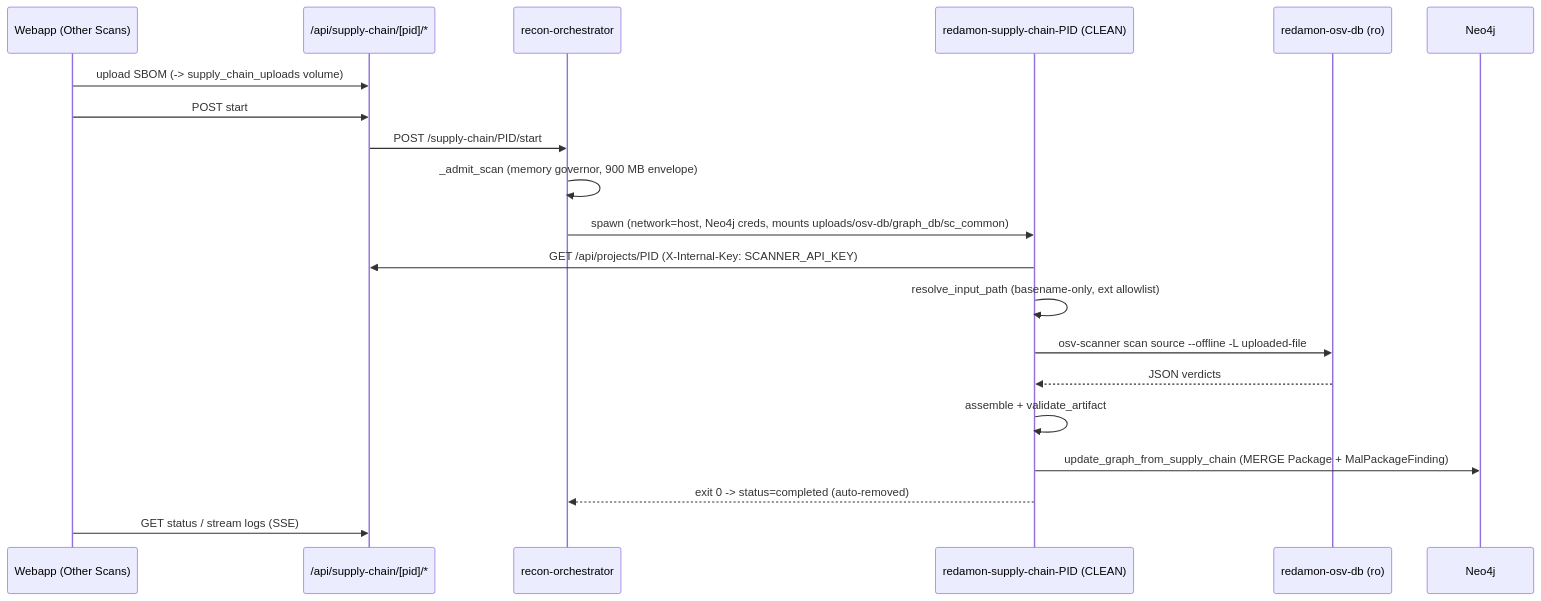
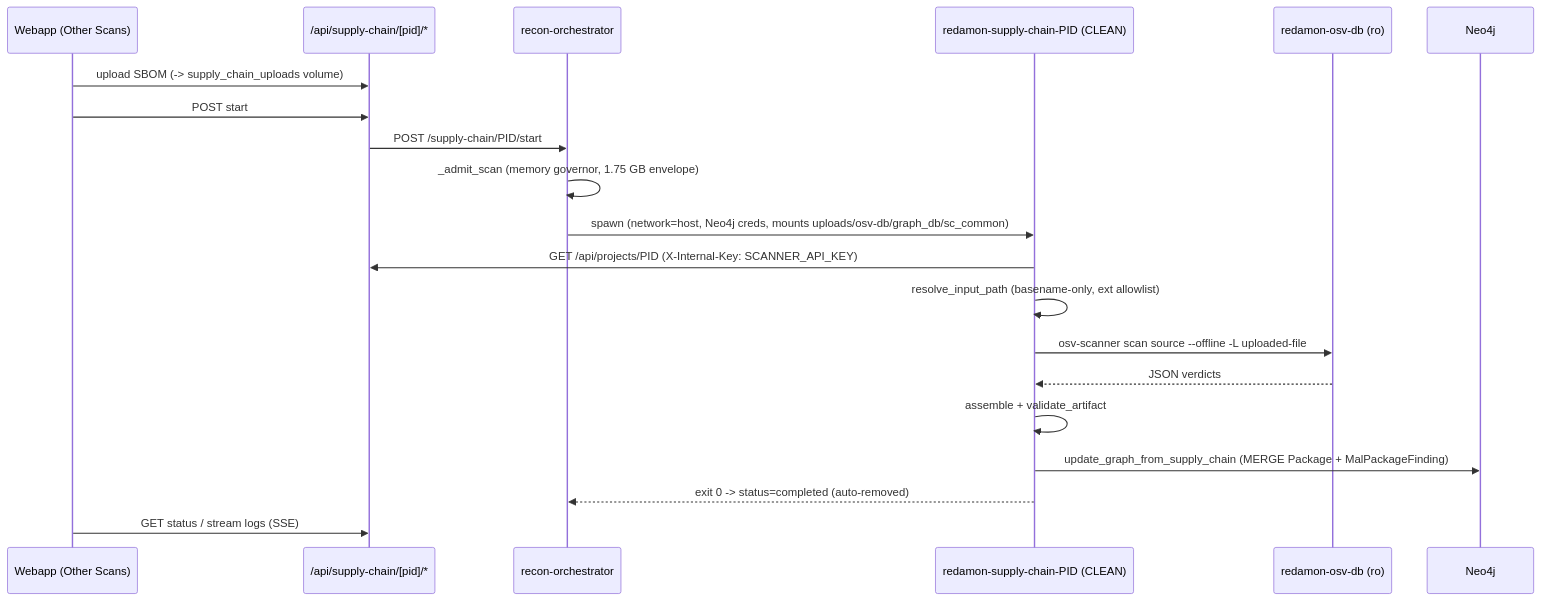
The fourth of 7 diagrams in readmes/README.SUPPLY_CHAIN.md (L4stPL4Y3R/redamon), drawn with Mermaid before and after one commit. The commit also changed other lines of this file and 23 other files, not shown here.

````diff
--- a/readmes/README.SUPPLY_CHAIN.md
+++ b/readmes/README.SUPPLY_CHAIN.md
@@ -351,23 +371,23 @@
 ```mermaid
 sequenceDiagram
     participant UI as Webapp (Other Scans)
     participant WEBROUTE as /api/supply-chain/[pid]/*
     participant ORCH as recon-orchestrator
     participant SCAN as redamon-supply-chain-PID (CLEAN)
     participant OSVDB as redamon-osv-db (ro)
     participant NEO as Neo4j
 
     UI->>WEBROUTE: upload SBOM (-> supply_chain_uploads volume)
     UI->>WEBROUTE: POST start
     WEBROUTE->>ORCH: POST /supply-chain/PID/start
-    ORCH->>ORCH: _admit_scan (memory governor, 900 MB envelope)
+    ORCH->>ORCH: _admit_scan (memory governor, 1.75 GB envelope)
     ORCH->>SCAN: spawn (network=host, Neo4j creds, mounts uploads/osv-db/graph_db/sc_common)
     SCAN->>WEBROUTE: GET /api/projects/PID (X-Internal-Key: SCANNER_API_KEY)
     SCAN->>SCAN: resolve_input_path (basename-only, ext allowlist)
     SCAN->>OSVDB: osv-scanner scan source --offline -L uploaded-file
     OSVDB-->>SCAN: JSON verdicts
     SCAN->>SCAN: assemble + validate_artifact
     SCAN->>NEO: update_graph_from_supply_chain (MERGE Package + MalPackageFinding)
     SCAN-->>ORCH: exit 0 -> status=completed (auto-removed)
     UI->>WEBROUTE: GET status / stream logs (SSE)
 ```
````
